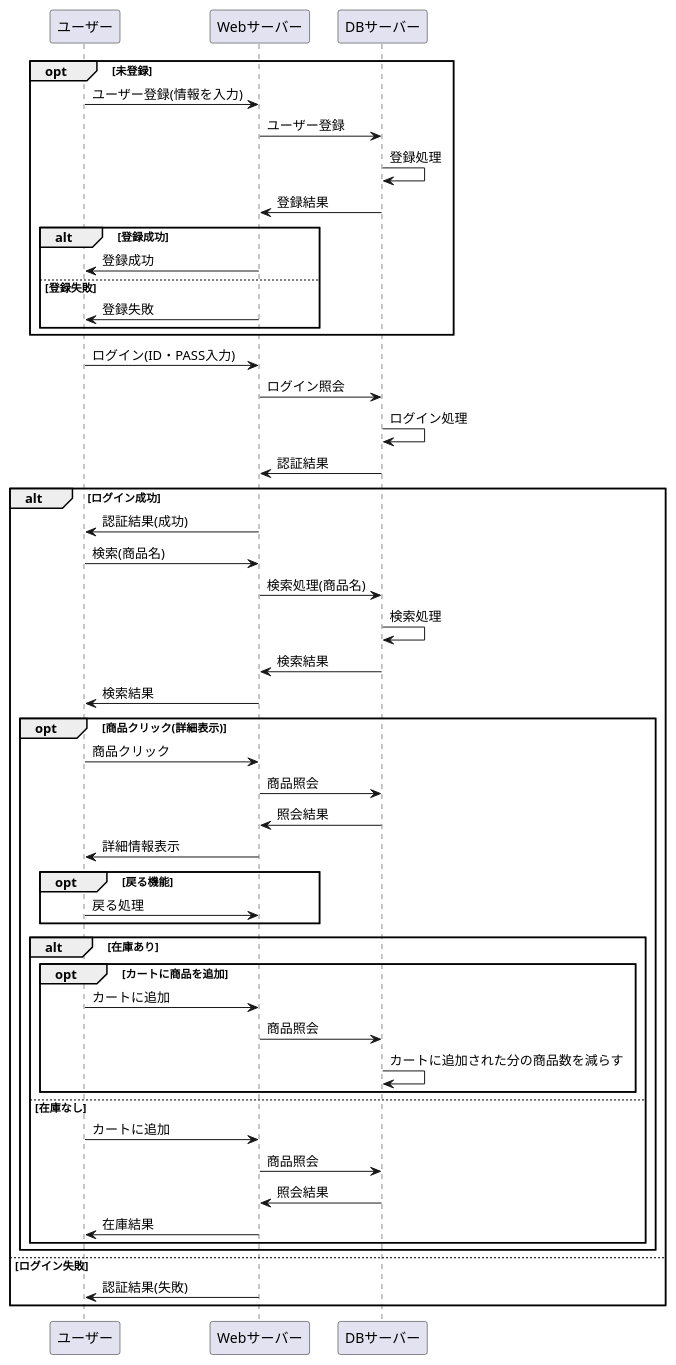
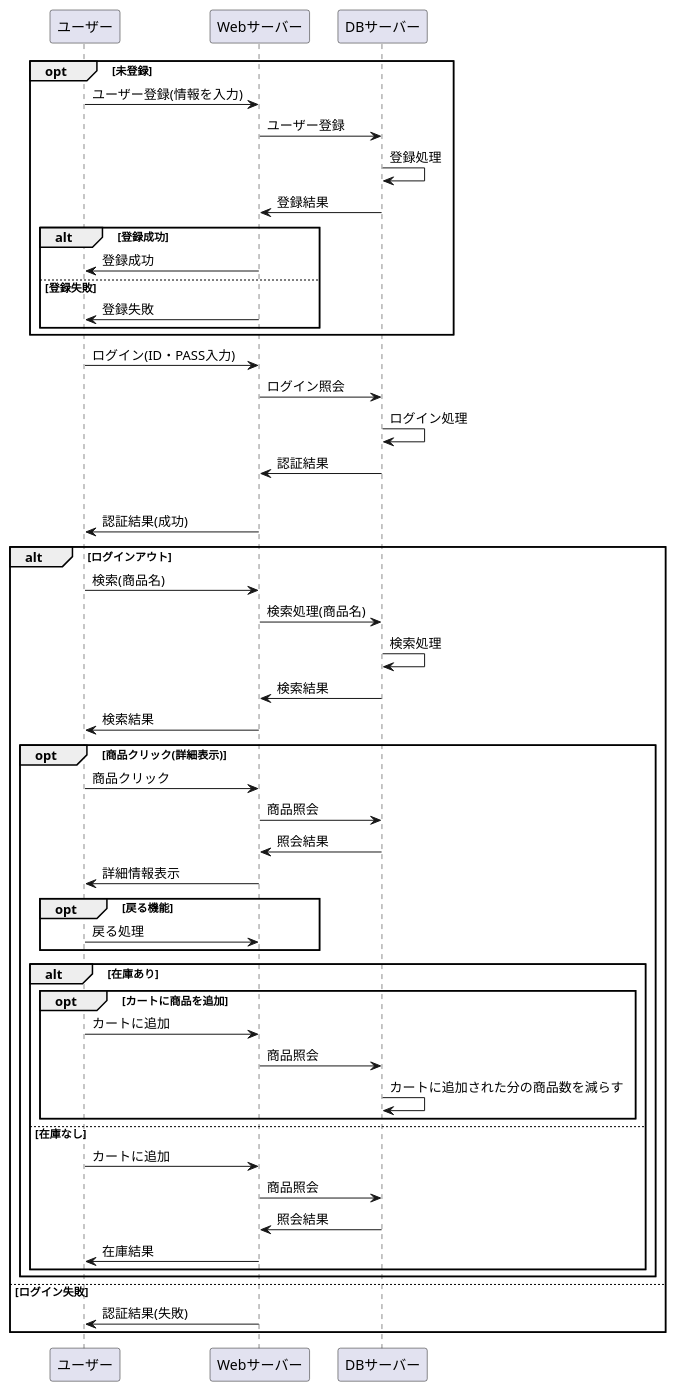
The diagram in あの消し.業務フロー.md (Aso2001184/2021sys-design), drawn with PlantUML before and after one commit.

````diff
--- a/あの消し.業務フロー.md
+++ b/あの消し.業務フロー.md
@@ -1,58 +1,61 @@
 ```uml
 @startuml
 opt 未登録
 ユーザー -> Webサーバー : ユーザー登録(情報を入力)
 Webサーバー -> DBサーバー : ユーザー登録
 DBサーバー -> DBサーバー : 登録処理
 DBサーバー -> Webサーバー : 登録結果
 
 alt 登録成功
 Webサーバー -> ユーザー : 登録成功
 else 登録失敗
 Webサーバー -> ユーザー : 登録失敗
 end
 end
 
 ユーザー -> Webサーバー : ログイン(ID・PASS入力)
 Webサーバー -> DBサーバー : ログイン照会
 DBサーバー -> DBサーバー : ログイン処理
 DBサーバー -> Webサーバー : 認証結果
 
 alt ログイン成功
 Webサーバー -> ユーザー : 認証結果(成功)
+
+alt ログインアウト
+
 
 ユーザー -> Webサーバー : 検索(商品名)
 Webサーバー -> DBサーバー : 検索処理(商品名)
 DBサーバー -> DBサーバー : 検索処理
 DBサーバー -> Webサーバー : 検索結果
 Webサーバー -> ユーザー : 検索結果
 
 opt 商品クリック(詳細表示)
 ユーザー -> Webサーバー : 商品クリック
 Webサーバー -> DBサーバー : 商品照会
 DBサーバー -> Webサーバー : 照会結果
 Webサーバー -> ユーザー : 詳細情報表示
 opt 戻る機能
 ユーザー -> Webサーバー : 戻る処理
 end
 
 alt 在庫あり
 opt カートに商品を追加
 ユーザー -> Webサーバー : カートに追加
 Webサーバー -> DBサーバー : 商品照会
 DBサーバー -> DBサーバー : カートに追加された分の商品数を減らす
 end
 
 else 在庫なし
 ユーザー -> Webサーバー : カートに追加
 Webサーバー -> DBサーバー : 商品照会
 DBサーバー -> Webサーバー : 照会結果
 Webサーバー -> ユーザー : 在庫結果
 end
 end
 
 else ログイン失敗
 Webサーバー -> ユーザー : 認証結果(失敗)
 end
 @enduml
 ```
````
